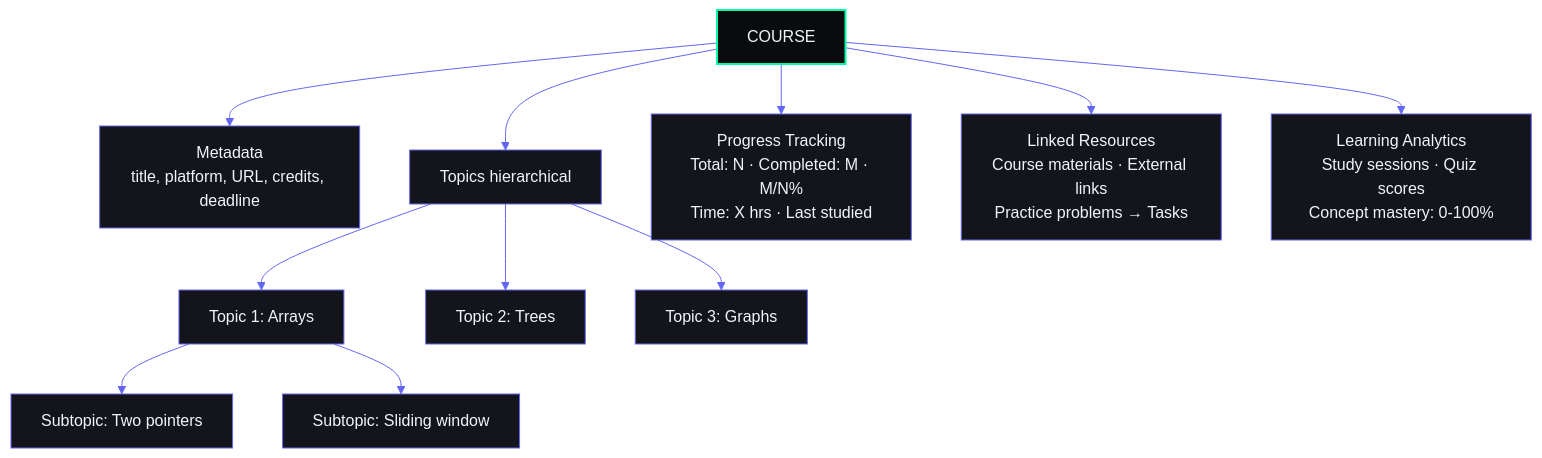
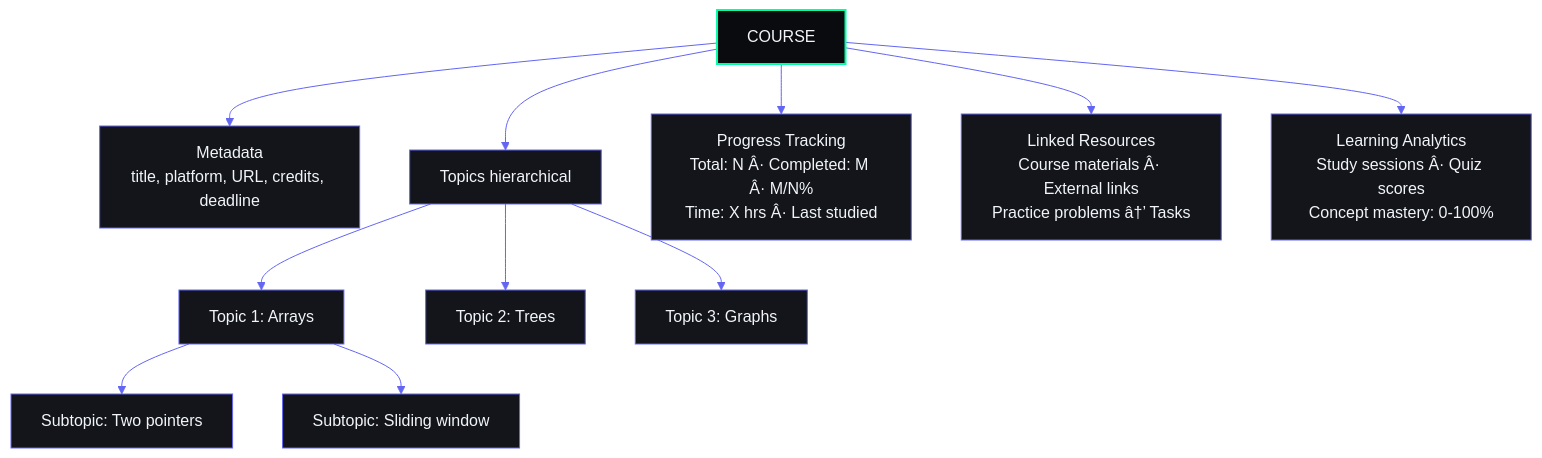
Before and after one commit to rohitkumarnaidu/ARIA-OS---SecondBrain-: diagram 19 of 35 in docs/design/InformationArchitecture.md, drawn with Mermaid. The commit also changed other lines of this file and 9 other files, not shown here.

````diff
--- a/docs/design/InformationArchitecture.md
+++ b/docs/design/InformationArchitecture.md
@@ -1620,15 +1620,15 @@
 ```mermaid
 %%{init: {'theme': 'base', 'themeVariables': {'background': '#0A0B0F', 'primaryColor': '#13151A', 'primaryBorderColor': '#6366F1', 'primaryTextColor': '#F1F5F9', 'lineColor': '#6366F1', 'secondaryColor': '#1A1D24', 'tertiaryColor': '#0A0B0F', 'fontFamily': 'DM Sans'}}}%%
 graph TD
     COURSE[COURSE] --> MD[Metadata<br/>title, platform, URL, credits, deadline]
     COURSE --> TP[Topics hierarchical]
     TP --> T1[Topic 1: Arrays]
     TP --> T2[Topic 2: Trees]
     TP --> T3[Topic 3: Graphs]
     T1 --> ST11[Subtopic: Two pointers]
     T1 --> ST12[Subtopic: Sliding window]
-    COURSE --> PT[Progress Tracking<br/>Total: N · Completed: M · M/N%<br/>Time: X hrs · Last studied]
-    COURSE --> LR[Linked Resources<br/>Course materials · External links<br/>Practice problems → Tasks]
-    COURSE --> LA[Learning Analytics<br/>Study sessions · Quiz scores<br/>Concept mastery: 0-100%]
+    COURSE --> PT[Progress Tracking<br/>Total: N Â· Completed: M Â· M/N%<br/>Time: X hrs Â· Last studied]
+    COURSE --> LR[Linked Resources<br/>Course materials Â· External links<br/>Practice problems â†’ Tasks]
+    COURSE --> LA[Learning Analytics<br/>Study sessions Â· Quiz scores<br/>Concept mastery: 0-100%]
     style COURSE fill:#0A0B0F,stroke:#00FFA3,color:#F1F5F9,stroke-width:2px
 ```
````
